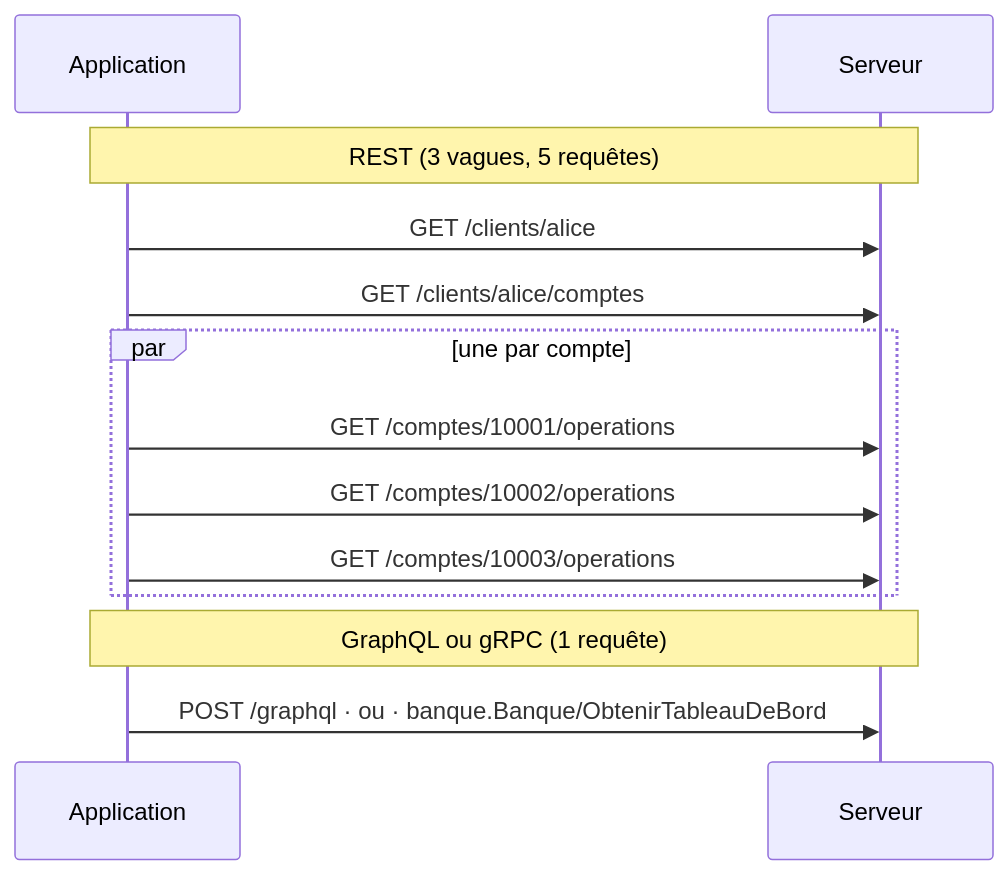
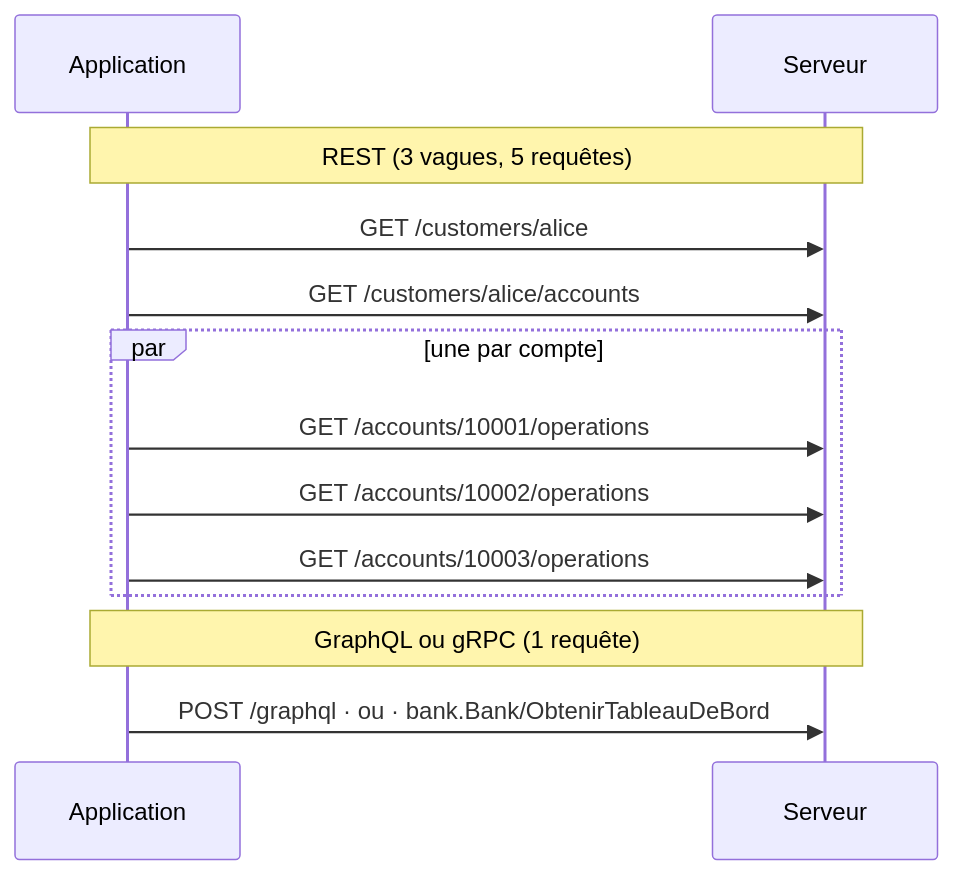
Before and after one commit to drangoht/ArchitecturesDemo: the second of 2 diagrams in Docs/23-rest-grpc-graphql.md, drawn with Mermaid. The commit also changed other lines of this file and 70 other files, not shown here.

Commit message:
Docs FR : identifiants, liens, diagrammes et sorties alignés sur le code anglais

````diff
--- a/Docs/23-rest-grpc-graphql.md
+++ b/Docs/23-rest-grpc-graphql.md
@@ -119,15 +119,15 @@
 ```mermaid
 sequenceDiagram
     participant A as Application
     participant S as Serveur
     Note over A,S: REST (3 vagues, 5 requêtes)
-    A->>S: GET /clients/alice
-    A->>S: GET /clients/alice/comptes
+    A->>S: GET /customers/alice
+    A->>S: GET /customers/alice/accounts
     par une par compte
-        A->>S: GET /comptes/10001/operations
-        A->>S: GET /comptes/10002/operations
-        A->>S: GET /comptes/10003/operations
+        A->>S: GET /accounts/10001/operations
+        A->>S: GET /accounts/10002/operations
+        A->>S: GET /accounts/10003/operations
     end
     Note over A,S: GraphQL ou gRPC (1 requête)
-    A->>S: POST /graphql · ou · banque.Banque/ObtenirTableauDeBord
+    A->>S: POST /graphql · ou · bank.Bank/ObtenirTableauDeBord
 ```
````
